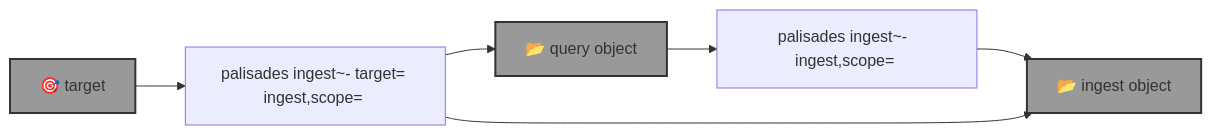
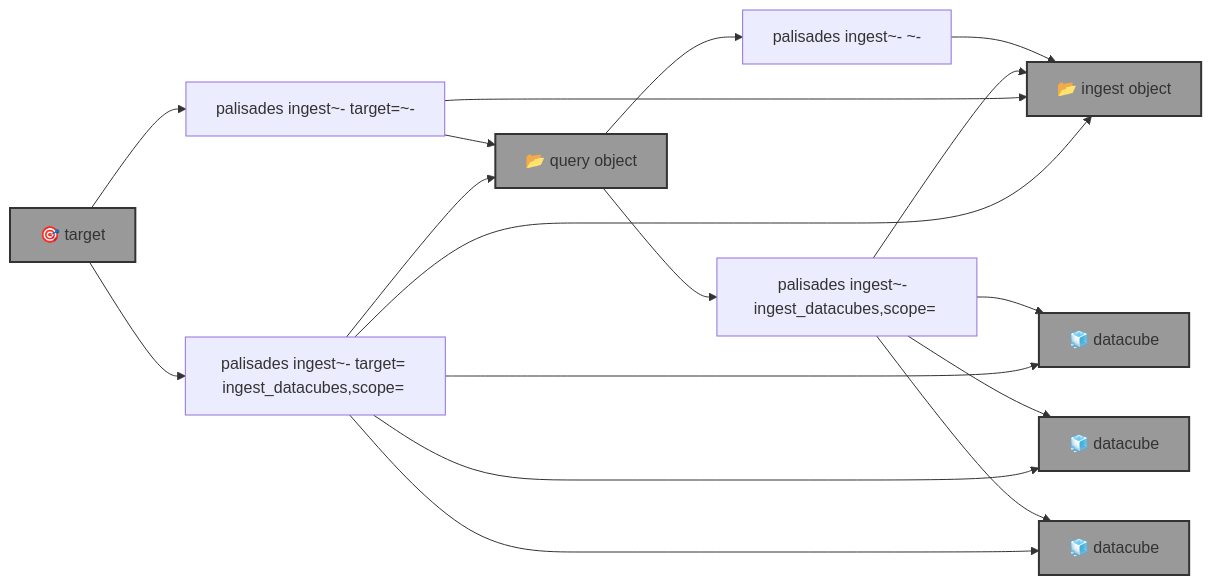
Before and after one commit to kamangir/blue-sandbox: the diagram in blue_sandbox/palisades/template.md, drawn with Mermaid. The commit also changed 4 other files, not shown here.

````diff
--- a/blue_sandbox/palisades/template.md
+++ b/blue_sandbox/palisades/template.md
@@ -5,18 +5,37 @@
 ```mermaid
 graph LR
-    palisades_ingest_query["palisades ingest~- <query-object-name> ingest,scope=<scope> <ingest-object-name>"]
-    palisades_ingest_target["palisades ingest~- target=<target> ingest,scope=<scope> <ingest-object-name>"]
+    palisades_ingest_query["palisades ingest~- <query-object-name>~- <ingest-object-name>"]
+    palisades_ingest_query_ingest["palisades ingest~- <query-object-name> ingest_datacubes,scope=<scope> <ingest-object-name>"]
+
+    palisades_ingest_target["palisades ingest~- target=<target>~- <ingest-object-name>"]
+    palisades_ingest_target_ingest["palisades ingest~- target=<target> ingest_datacubes,scope=<scope> <ingest-object-name>"]
 
     target["🎯 target"]:::folder
     query_object["📂 query object"]:::folder
     ingest_object["📂 ingest object"]:::folder
+    datacube_1["🧊 datacube"]:::folder
+    datacube_2["🧊 datacube"]:::folder
+    datacube_3["🧊 datacube"]:::folder
 
     query_object --> palisades_ingest_query
     palisades_ingest_query --> ingest_object
+
+    query_object --> palisades_ingest_query_ingest
+    palisades_ingest_query_ingest --> datacube_1
+    palisades_ingest_query_ingest --> datacube_2
+    palisades_ingest_query_ingest --> datacube_3
+    palisades_ingest_query_ingest --> ingest_object
 
     target --> palisades_ingest_target
     palisades_ingest_target --> query_object
     palisades_ingest_target --> ingest_object
 
+    target --> palisades_ingest_target_ingest
+    palisades_ingest_target_ingest --> query_object
+    palisades_ingest_target_ingest --> datacube_1
+    palisades_ingest_target_ingest --> datacube_2
+    palisades_ingest_target_ingest --> datacube_3
+    palisades_ingest_target_ingest --> ingest_object
+
     classDef folder fill:#999,stroke:#333,stroke-width:2px;
 ```
````
